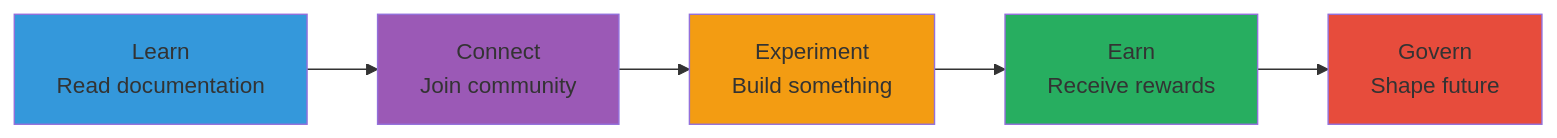
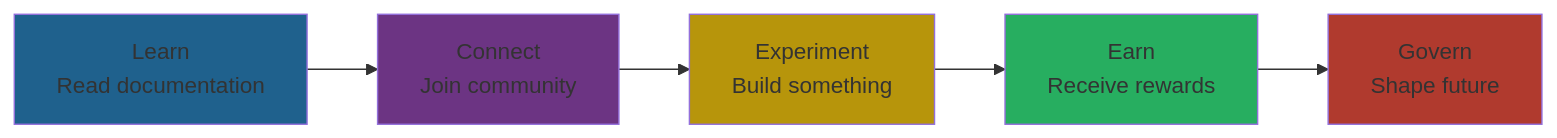
The ninth of 9 diagrams in docs/01-foundation/litepaper.md (CipherOcto/cipherocto), drawn with Mermaid before and after one commit. The commit also changed other lines of this file and 13 other files, not shown here.

First line of the commit message:
Improve Mermaid diagram accessibility: Fix color contrast

````diff
--- a/docs/01-foundation/litepaper.md
+++ b/docs/01-foundation/litepaper.md
@@ -468,13 +468,13 @@
 ```mermaid
 graph LR
     A[Learn<br/>Read documentation] --> B[Connect<br/>Join community]
     B --> C[Experiment<br/>Build something]
     C --> D[Earn<br/>Receive rewards]
     D --> E[Govern<br/>Shape future]
 
-    style A fill:#3498db
-    style B fill:#9b59b6
-    style C fill:#f39c12
+    style A fill:#1f618d
+    style B fill:#6c3483
+    style C fill:#b7950b
     style D fill:#27ae60
-    style E fill:#e74c3c
+    style E fill:#b03a2e
 ```
````
